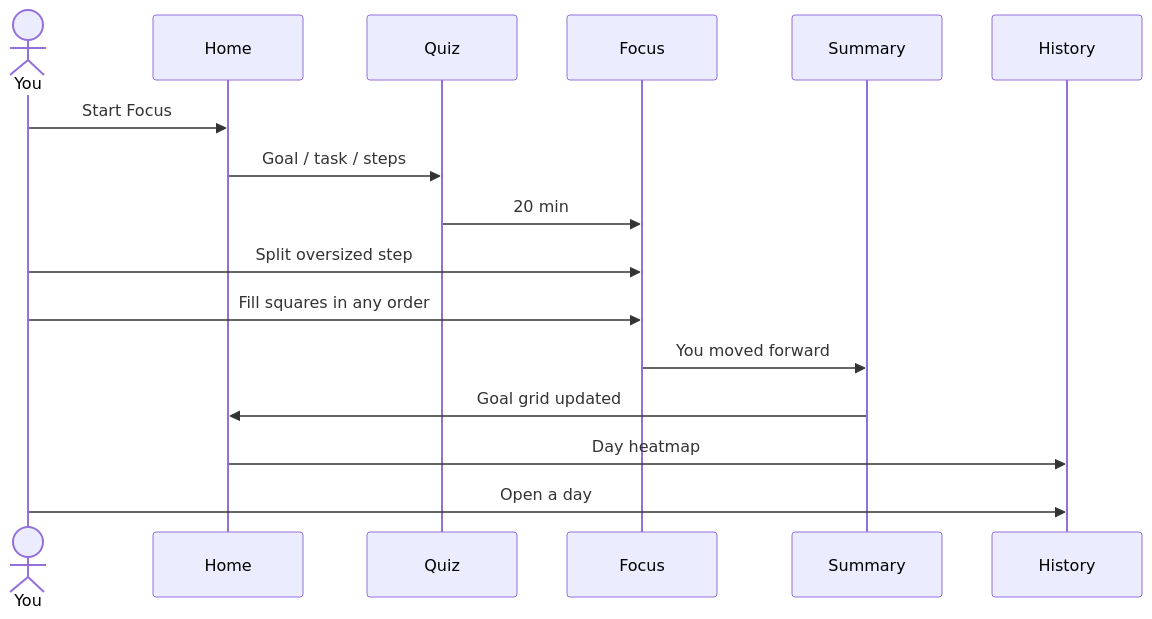
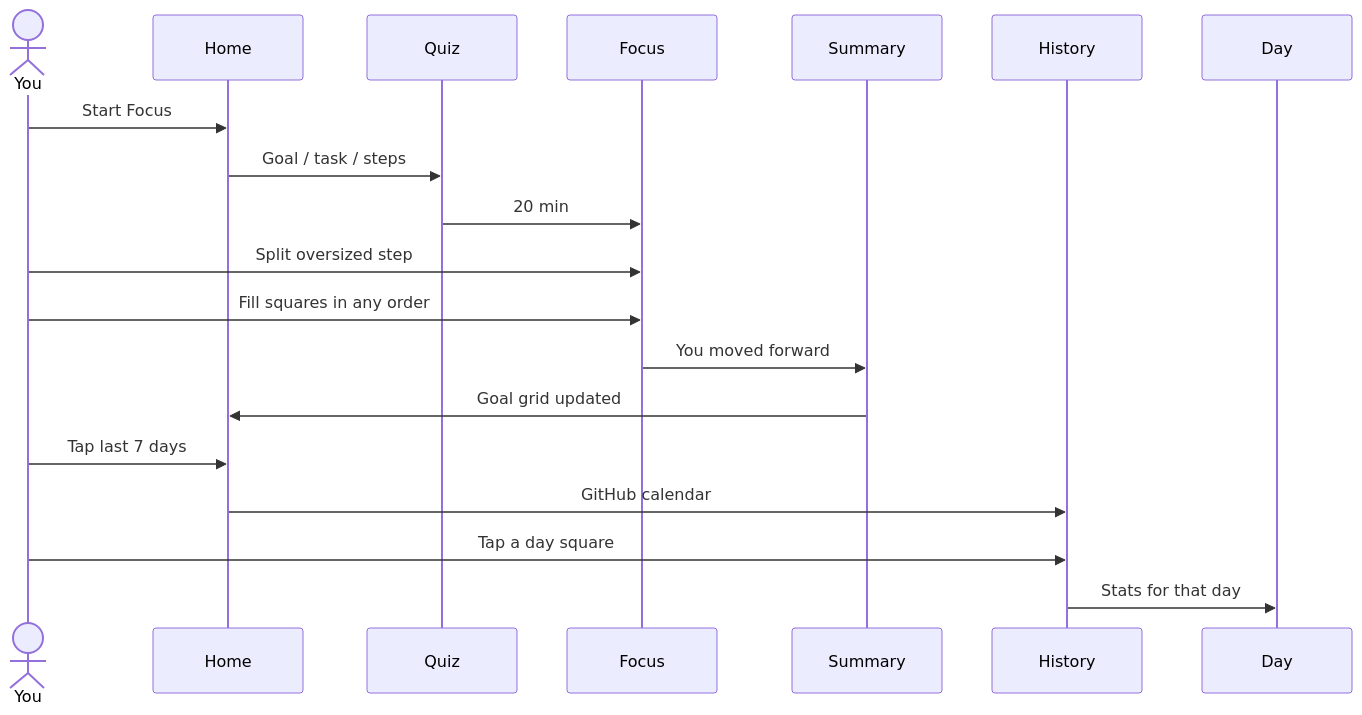
One commit to littlewhywhat/legal-360 changed the diagram in cases/squares/docs/flows/focus-loop.md. Above: the diagram before and after it, drawn with Mermaid. The commit also changed other lines of this file and 2 other files, not shown here.

Commit message:
feat: GitHub-style week strip and day calendar
Home: smaller goal squares plus last-7-days strip that opens History.
History: one square per day; tap a day for that day's stats screen.

````diff
--- a/cases/squares/docs/flows/focus-loop.md
+++ b/cases/squares/docs/flows/focus-loop.md
@@ -16,19 +16,22 @@
 ```mermaid
 sequenceDiagram
   actor You
   participant Home
   participant Quiz
   participant Focus
   participant Summary
   participant History
+  participant Day
 
   You->>Home: Start Focus
   Home->>Quiz: Goal / task / steps
   Quiz->>Focus: 20 min
   You->>Focus: Split oversized step
   You->>Focus: Fill squares in any order
   Focus->>Summary: You moved forward
   Summary->>Home: Goal grid updated
-  Home->>History: Day heatmap
-  You->>History: Open a day
+  You->>Home: Tap last 7 days
+  Home->>History: GitHub calendar
+  You->>History: Tap a day square
+  History->>Day: Stats for that day
 ```
````
